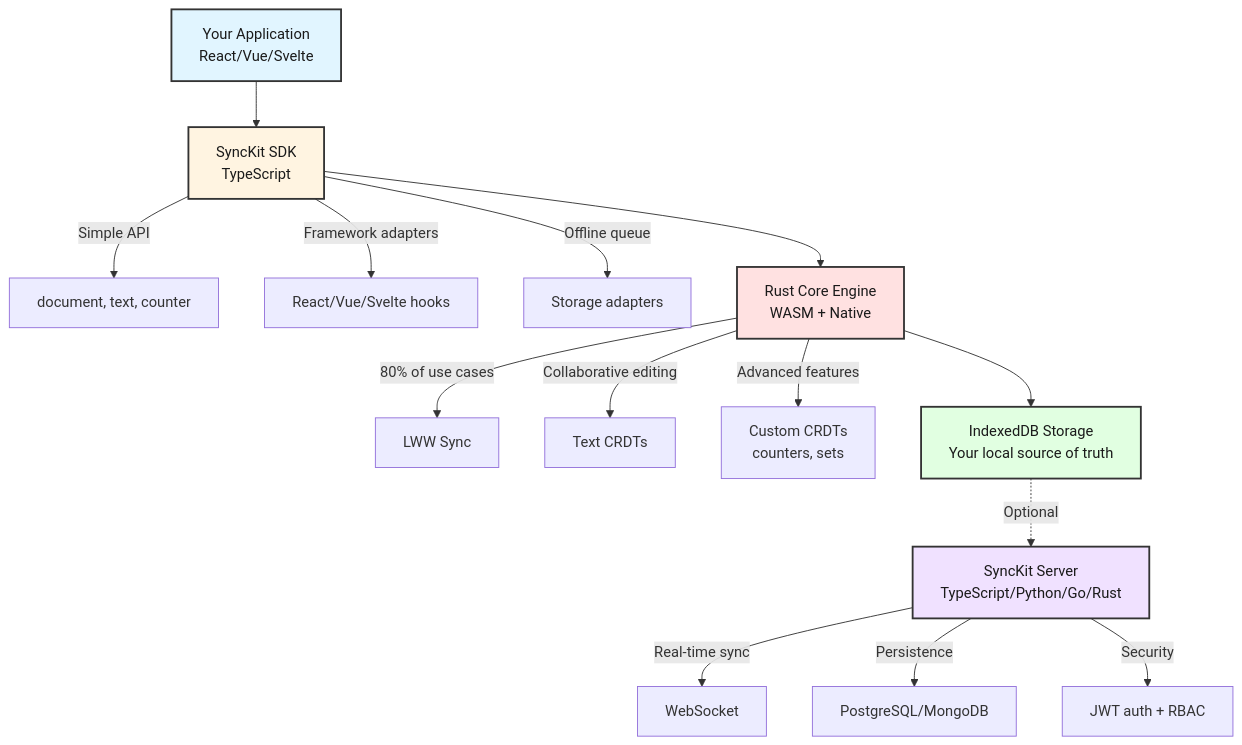
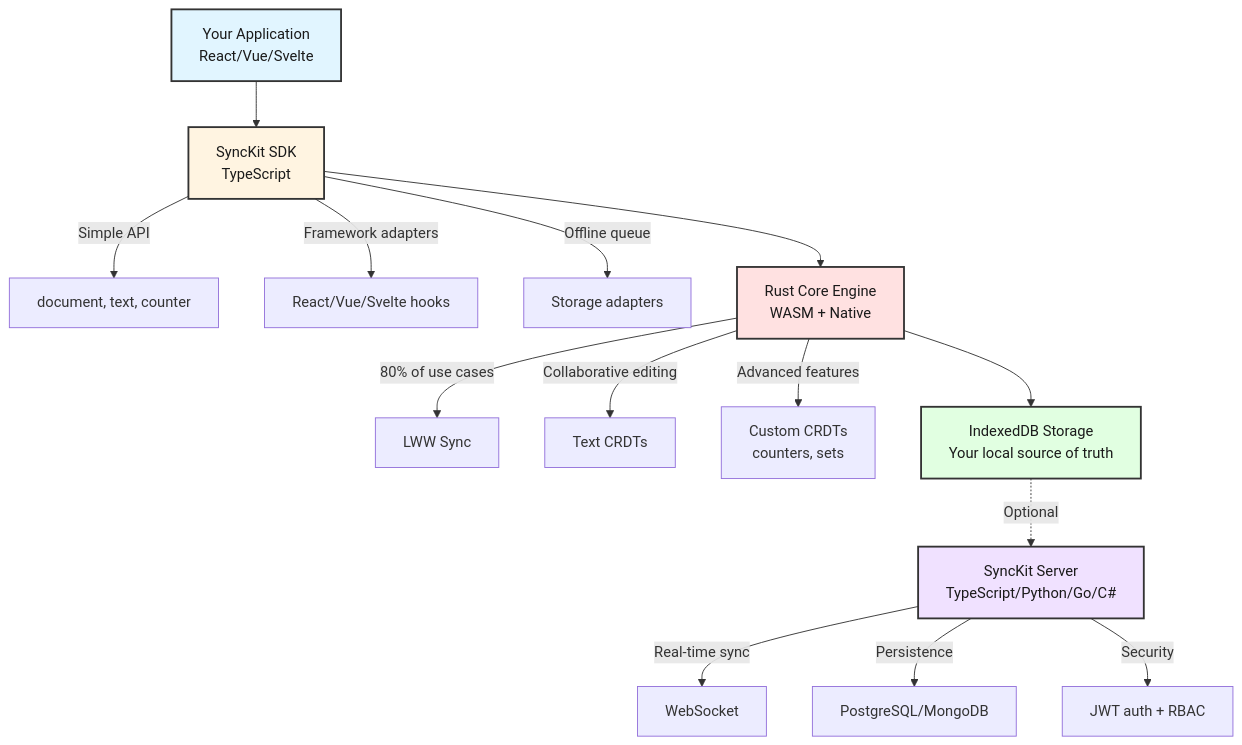
The diagram in README.md (Dancode-188/synckit), drawn with Mermaid before and after one commit. The commit also changed other lines of this file and 12 other files, not shown here.

````diff
--- a/README.md
+++ b/README.md
@@ -215,28 +215,28 @@
 ```mermaid
 graph TD
     A[Your Application<br/>React/Vue/Svelte] --> B[SyncKit SDK<br/>TypeScript]
 
     B -->|Simple API| B1[document, text, counter]
     B -->|Framework adapters| B2[React/Vue/Svelte hooks]
     B -->|Offline queue| B3[Storage adapters]
 
     B --> C[Rust Core Engine<br/>WASM + Native]
 
     C -->|80% of use cases| C1[LWW Sync]
     C -->|Collaborative editing| C2[Text CRDTs]
     C -->|Advanced features| C3[Custom CRDTs<br/>counters, sets]
 
     C --> D[IndexedDB Storage<br/>Your local source of truth]
 
-    D -.->|Optional| E[SyncKit Server<br/>TypeScript/Python/Go/Rust]
+    D -.->|Optional| E[SyncKit Server<br/>TypeScript/Python/Go/C#]
 
     E -->|Real-time sync| E1[WebSocket]
     E -->|Persistence| E2[PostgreSQL/MongoDB]
     E -->|Security| E3[JWT auth + RBAC]
 
     style A fill:#e1f5ff,stroke:#333,stroke-width:2px,color:#1a1a1a
     style B fill:#fff4e1,stroke:#333,stroke-width:2px,color:#1a1a1a
     style C fill:#ffe1e1,stroke:#333,stroke-width:2px,color:#1a1a1a
     style D fill:#e1ffe1,stroke:#333,stroke-width:2px,color:#1a1a1a
     style E fill:#f0e1ff,stroke:#333,stroke-width:2px,color:#1a1a1a
 ```
````
